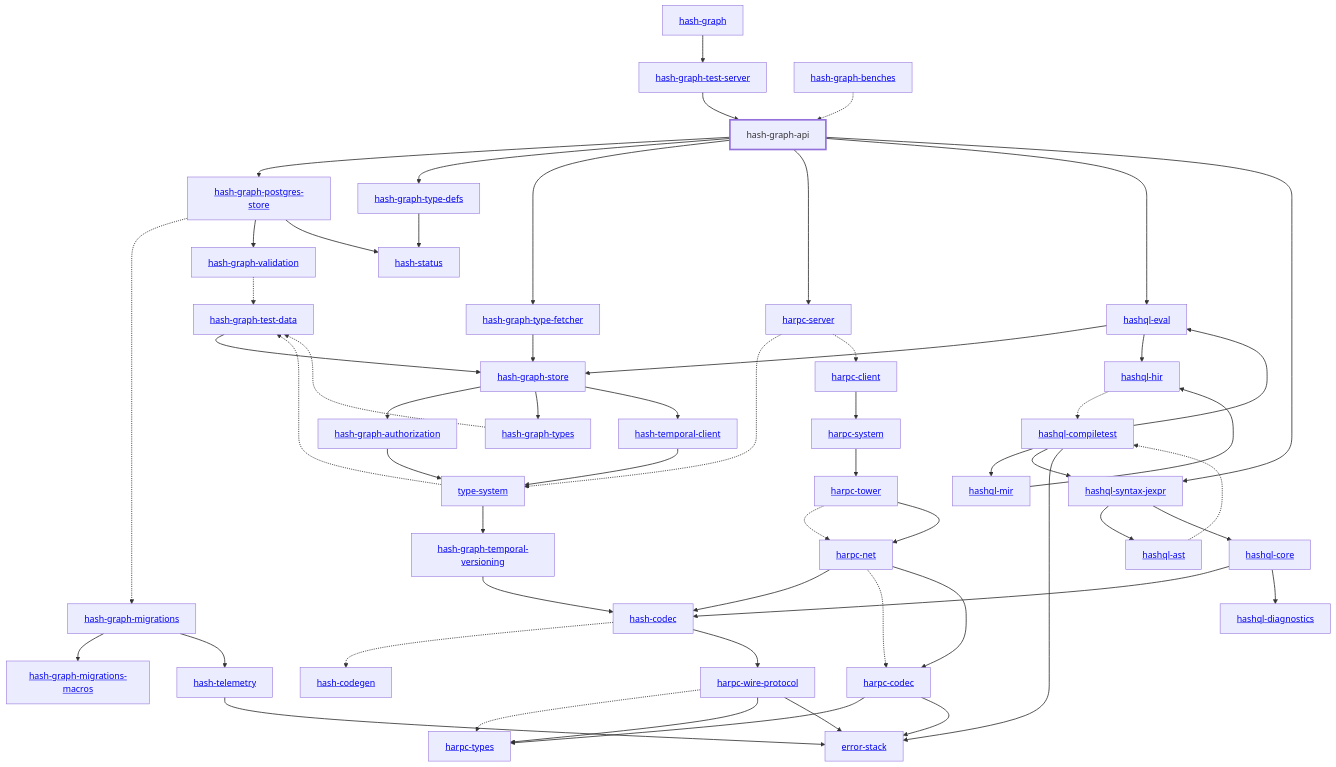
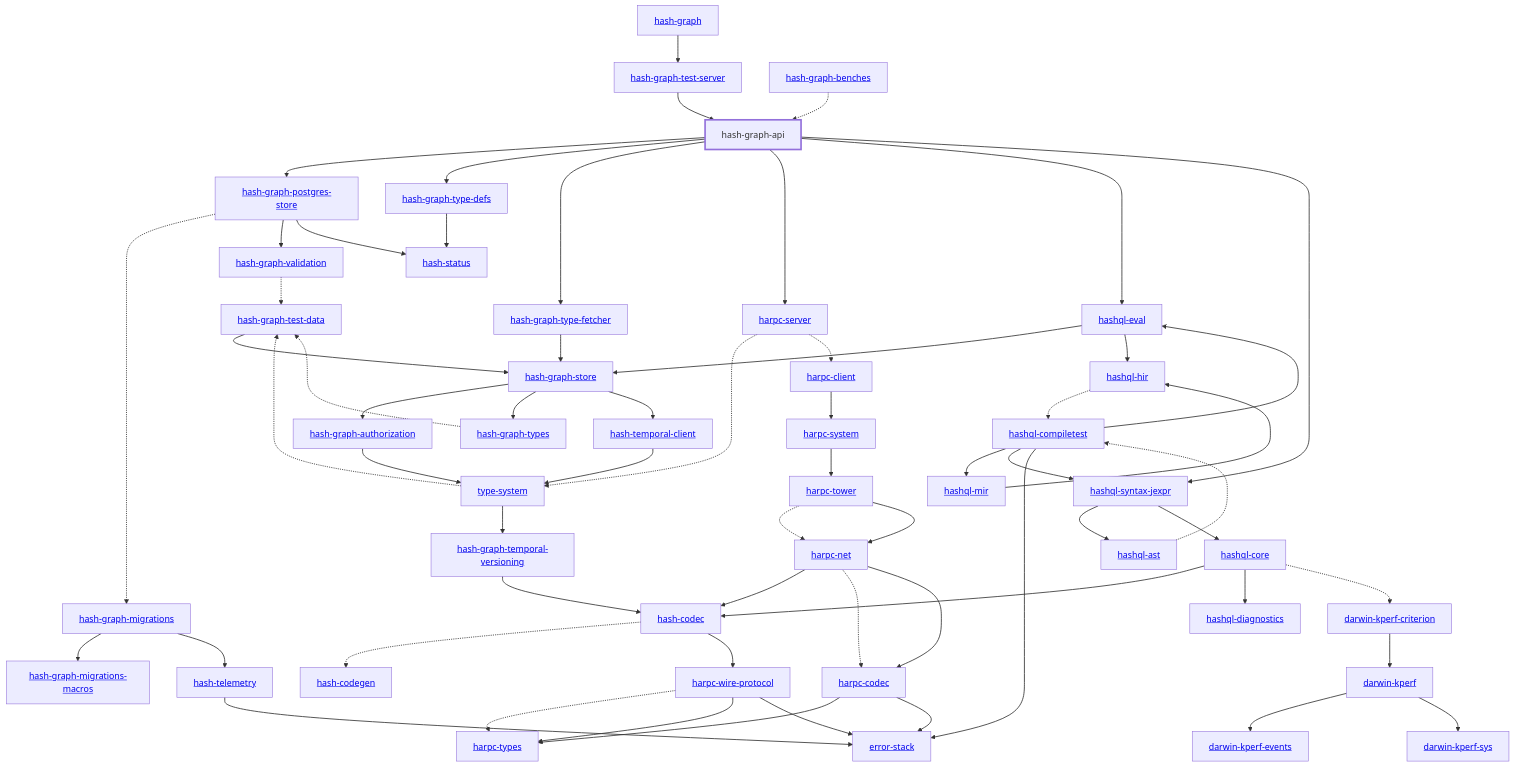
One commit to hashintel/hash changed the diagram in libs/@local/graph/api/docs/dependency-diagram.mmd. Above: the diagram before and after it, drawn with Mermaid. The commit also changed 15 other files, not shown here.

Commit message:
chore: generate turborepo + dependency diagram

```diff
--- a/libs/@local/graph/api/docs/dependency-diagram.mmd
+++ b/libs/@local/graph/api/docs/dependency-diagram.mmd
@@ -1,106 +1,114 @@
 graph TD
     linkStyle default stroke-width:1.5px
     classDef default stroke-width:1px
     classDef root stroke-width:3px
     classDef dev stroke-width:1px
     classDef build stroke-width:1px
     %% Legend
     %% --> : Normal dependency
     %% -.-> : Dev dependency
     %% ---> : Build dependency
     0[<a href="../hash_graph/index.html">hash-graph</a>]
     1[<a href="../type_system/index.html">type-system</a>]
     2[<a href="../hash_codec/index.html">hash-codec</a>]
     3[<a href="../hash_codegen/index.html">hash-codegen</a>]
     4[hash-graph-api]
     class 4 root
     5[<a href="../hash_graph_authorization/index.html">hash-graph-authorization</a>]
     6[<a href="../hash_graph_migrations/index.html">hash-graph-migrations</a>]
     7[<a href="../hash_graph_migrations_macros/index.html">hash-graph-migrations-macros</a>]
     8[<a href="../hash_graph_postgres_store/index.html">hash-graph-postgres-store</a>]
     9[<a href="../hash_graph_store/index.html">hash-graph-store</a>]
     10[<a href="../hash_graph_temporal_versioning/index.html">hash-graph-temporal-versioning</a>]
     11[<a href="../hash_graph_test_server/index.html">hash-graph-test-server</a>]
     12[<a href="../hash_graph_type_defs/index.html">hash-graph-type-defs</a>]
     13[<a href="../hash_graph_type_fetcher/index.html">hash-graph-type-fetcher</a>]
     14[<a href="../hash_graph_types/index.html">hash-graph-types</a>]
     15[<a href="../hash_graph_validation/index.html">hash-graph-validation</a>]
     16[<a href="../harpc_client/index.html">harpc-client</a>]
     17[<a href="../harpc_codec/index.html">harpc-codec</a>]
     18[<a href="../harpc_net/index.html">harpc-net</a>]
     19[<a href="../harpc_server/index.html">harpc-server</a>]
     20[<a href="../harpc_system/index.html">harpc-system</a>]
     21[<a href="../harpc_tower/index.html">harpc-tower</a>]
     22[<a href="../harpc_types/index.html">harpc-types</a>]
     23[<a href="../harpc_wire_protocol/index.html">harpc-wire-protocol</a>]
     24[<a href="../hashql_ast/index.html">hashql-ast</a>]
     25[<a href="../hashql_compiletest/index.html">hashql-compiletest</a>]
     26[<a href="../hashql_core/index.html">hashql-core</a>]
     27[<a href="../hashql_diagnostics/index.html">hashql-diagnostics</a>]
     28[<a href="../hashql_eval/index.html">hashql-eval</a>]
     29[<a href="../hashql_hir/index.html">hashql-hir</a>]
     30[<a href="../hashql_mir/index.html">hashql-mir</a>]
     31[<a href="../hashql_syntax_jexpr/index.html">hashql-syntax-jexpr</a>]
     32[<a href="../hash_status/index.html">hash-status</a>]
     33[<a href="../hash_telemetry/index.html">hash-telemetry</a>]
     34[<a href="../hash_temporal_client/index.html">hash-temporal-client</a>]
-    35[<a href="../error_stack/index.html">error-stack</a>]
-    36[<a href="../hash_graph_benches/index.html">hash-graph-benches</a>]
-    37[<a href="../hash_graph_test_data/index.html">hash-graph-test-data</a>]
+    35[<a href="../darwin_kperf/index.html">darwin-kperf</a>]
+    36[<a href="../darwin_kperf_criterion/index.html">darwin-kperf-criterion</a>]
+    37[<a href="../darwin_kperf_events/index.html">darwin-kperf-events</a>]
+    38[<a href="../darwin_kperf_sys/index.html">darwin-kperf-sys</a>]
+    39[<a href="../error_stack/index.html">error-stack</a>]
+    40[<a href="../hash_graph_benches/index.html">hash-graph-benches</a>]
+    41[<a href="../hash_graph_test_data/index.html">hash-graph-test-data</a>]
     0 --> 11
     1 --> 10
-    1 -.-> 37
+    1 -.-> 41
     2 -.-> 3
     2 --> 23
     4 --> 8
     4 --> 12
     4 --> 13
     4 --> 19
     4 --> 28
     4 --> 31
     5 --> 1
     6 --> 7
     6 --> 33
     8 -.-> 6
     8 --> 15
     8 --> 32
     9 --> 5
     9 --> 14
     9 --> 34
     10 --> 2
     11 --> 4
     12 --> 32
     13 --> 9
-    14 -.-> 37
-    15 -.-> 37
+    14 -.-> 41
+    15 -.-> 41
     16 --> 20
     17 --> 22
-    17 --> 35
+    17 --> 39
     18 --> 2
     18 -.-> 17
     18 --> 17
     19 -.-> 1
     19 -.-> 16
     20 --> 21
     21 -.-> 18
     21 --> 18
     23 -.-> 22
     23 --> 22
-    23 --> 35
+    23 --> 39
     24 -.-> 25
     25 --> 28
     25 --> 30
     25 --> 31
-    25 --> 35
+    25 --> 39
     26 --> 2
     26 --> 27
+    26 -.-> 36
     28 --> 9
     28 --> 29
     29 -.-> 25
     30 --> 29
     31 --> 24
     31 --> 26
-    33 --> 35
+    33 --> 39
     34 --> 1
-    36 -.-> 4
-    37 --> 9
+    35 --> 37
+    35 --> 38
+    36 --> 35
+    40 -.-> 4
+    41 --> 9
```
